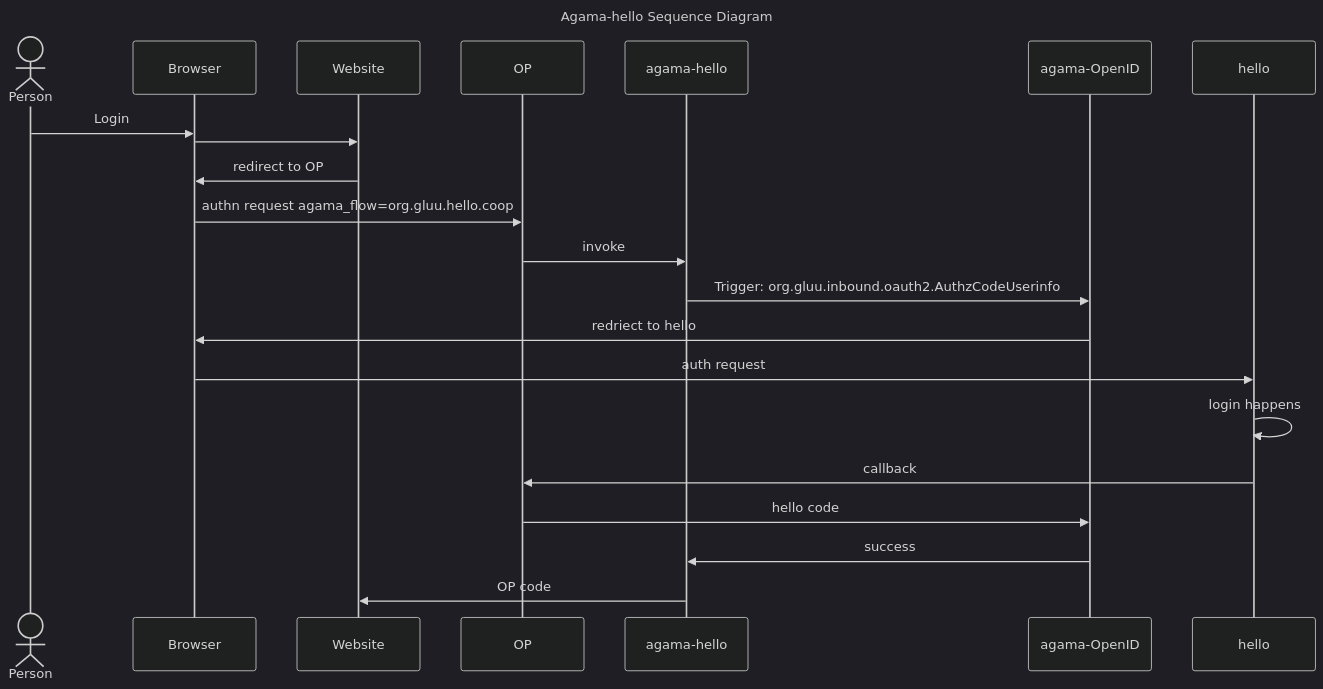
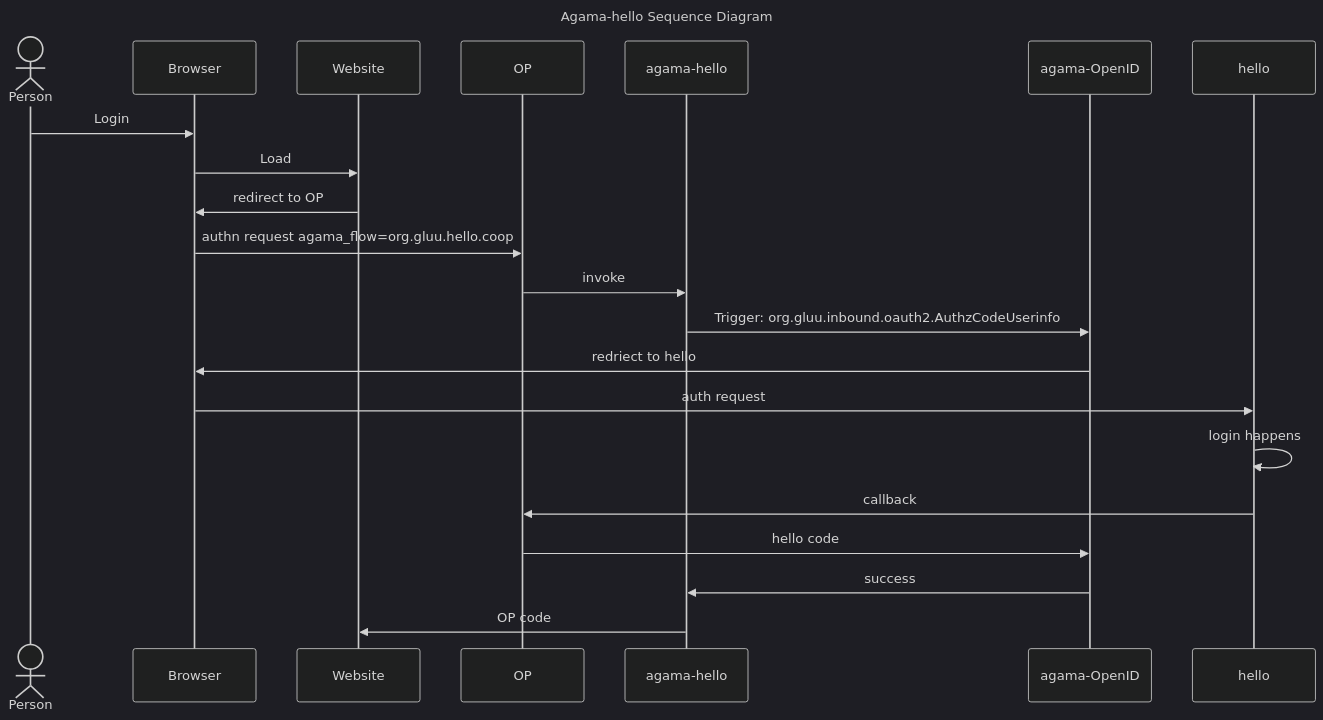
Before and after one commit to GluuFederation/agama-hello: the diagram in README.md, drawn with Mermaid (dark theme).

Commit message:
docs: update to add more details

````diff
--- a/README.md
+++ b/README.md
@@ -146,25 +146,25 @@
 ```mermaid
 sequenceDiagram
 title Agama-hello Sequence Diagram
 actor Person
 participant Browser
 participant Website
 participant OP
 participant agama-hello
 participant agama-OpenID
 participant hello
 
 Person->>Browser: Login
-Browser->>Website:
+Browser->>Website: Load
 Website->>Browser: redirect to OP
 Browser->>OP: authn request agama_flow=org.gluu.hello.coop
 OP->>agama-hello: invoke
 agama-hello->>agama-OpenID: Trigger: org.gluu.inbound.oauth2.AuthzCodeUserinfo
 agama-OpenID->>Browser: redriect to hello
 Browser->>hello: auth request
 hello ->> hello: login happens
 hello ->> OP: callback
 OP ->> agama-OpenID: hello code
 agama-OpenID ->> agama-hello: success
 agama-hello ->> Website: OP code
 ```
````
